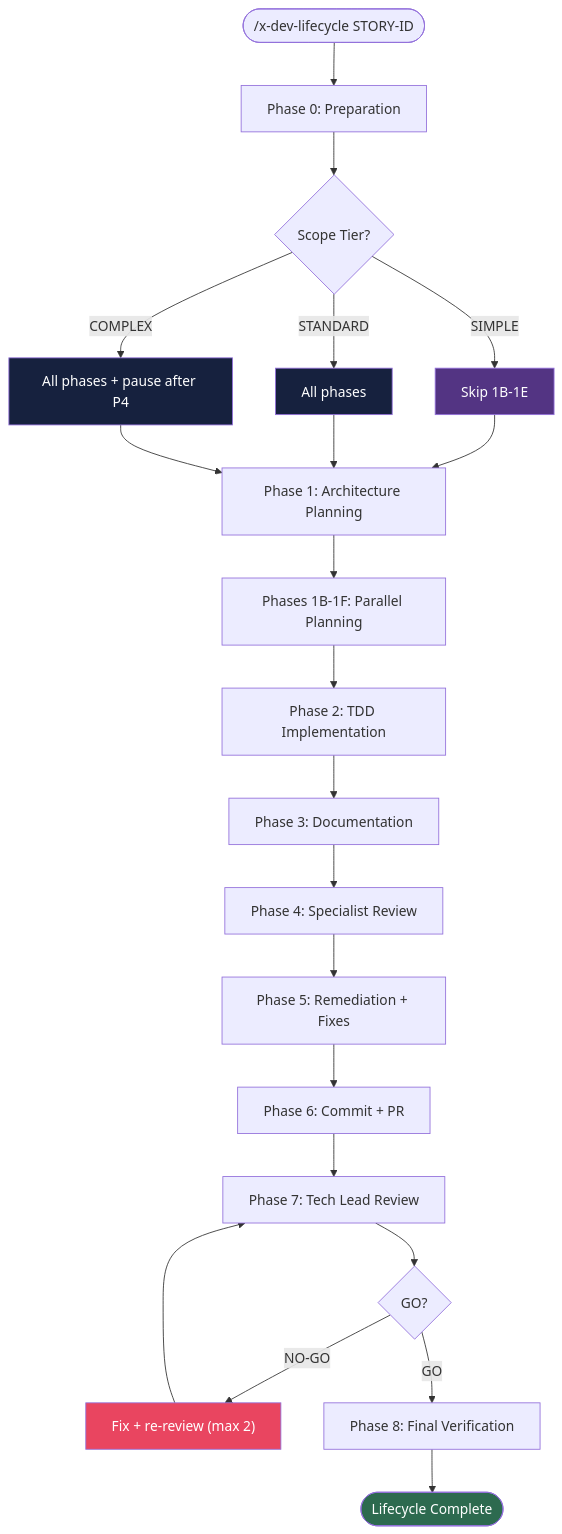
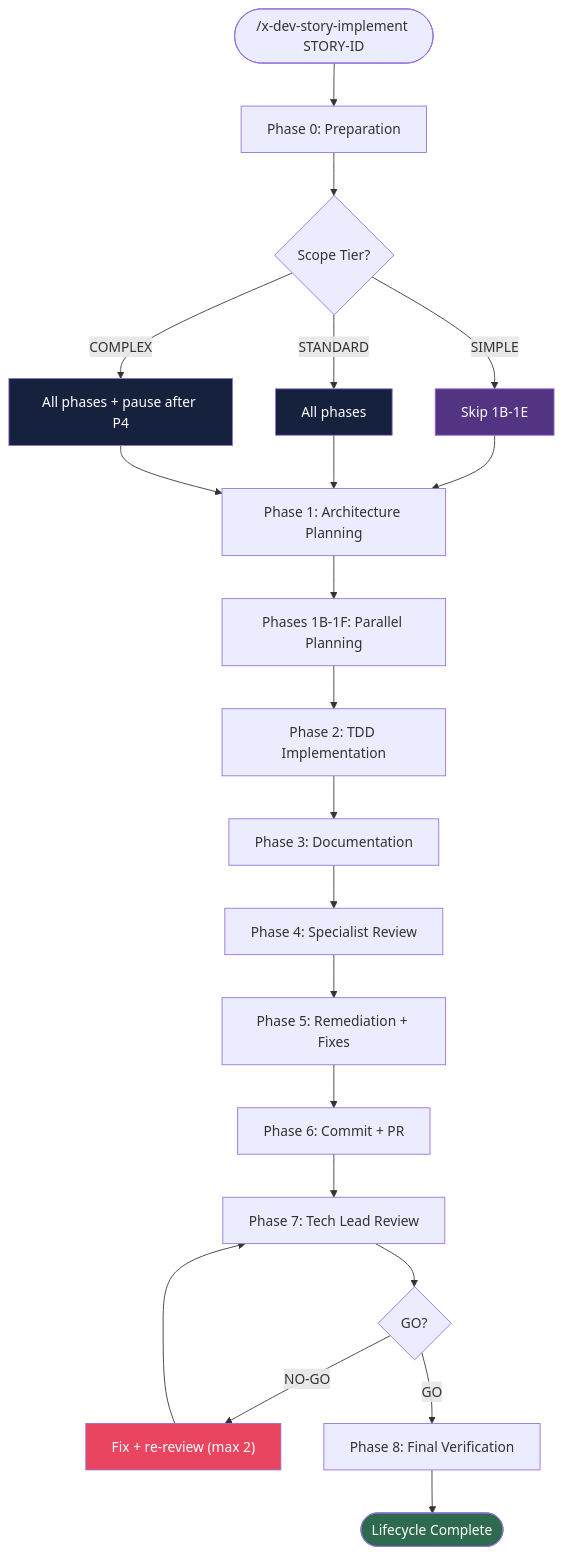
The diagram in java/src/main/resources/targets/claude/skills/core/x-dev-story-implement/README.md (edercnj/ia-dev-environment), drawn with Mermaid before and after one commit. The commit also changed other lines of this file and 149 other files, not shown here.

````diff
--- a/java/src/main/resources/targets/claude/skills/core/x-dev-story-implement/README.md
+++ b/java/src/main/resources/targets/claude/skills/core/x-dev-story-implement/README.md
@@ -19,30 +19,30 @@
 ```mermaid
 flowchart TD
-    START(["/x-dev-lifecycle STORY-ID"]) --> P0["Phase 0: Preparation"]
+    START(["/x-dev-story-implement STORY-ID"]) --> P0["Phase 0: Preparation"]
     P0 --> SCOPE{Scope Tier?}
     SCOPE -->|SIMPLE| SKIP["Skip 1B-1E"]
     SCOPE -->|STANDARD| ALL["All phases"]
     SCOPE -->|COMPLEX| ALLPAUSE["All phases + pause after P4"]
     SKIP --> P1
     ALL --> P1
     ALLPAUSE --> P1
 
     P1["Phase 1: Architecture Planning"] --> P1PAR["Phases 1B-1F: Parallel Planning"]
     P1PAR --> P2["Phase 2: TDD Implementation"]
     P2 --> P3["Phase 3: Documentation"]
     P3 --> P4["Phase 4: Specialist Review"]
     P4 --> P5["Phase 5: Remediation + Fixes"]
     P5 --> P6["Phase 6: Commit + PR"]
     P6 --> P7["Phase 7: Tech Lead Review"]
     P7 --> P7D{GO?}
     P7D -->|NO-GO| P7FIX["Fix + re-review (max 2)"]
     P7FIX --> P7
     P7D -->|GO| P8["Phase 8: Final Verification"]
     P8 --> DONE(["Lifecycle Complete"])
 
     style SKIP fill:#533483,color:#fff
     style DONE fill:#2d6a4f,color:#fff
     style P7FIX fill:#e94560,color:#fff
     style ALL fill:#16213e,color:#fff
     style ALLPAUSE fill:#16213e,color:#fff
 ```
````
